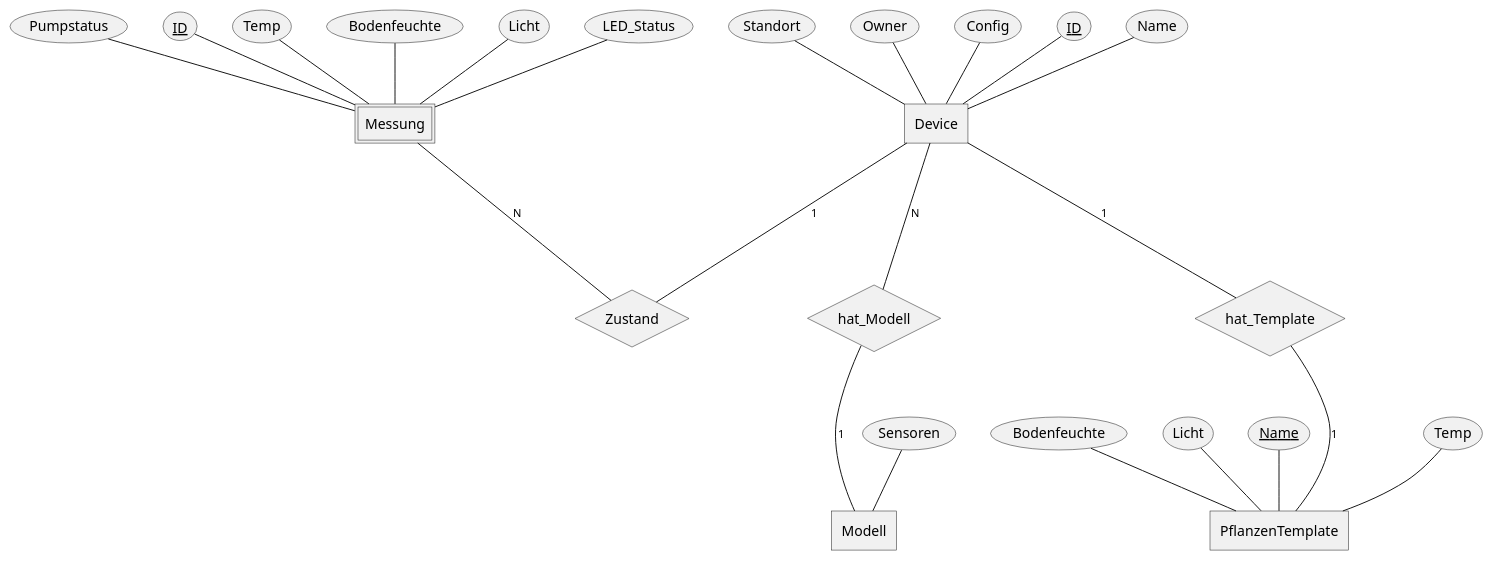
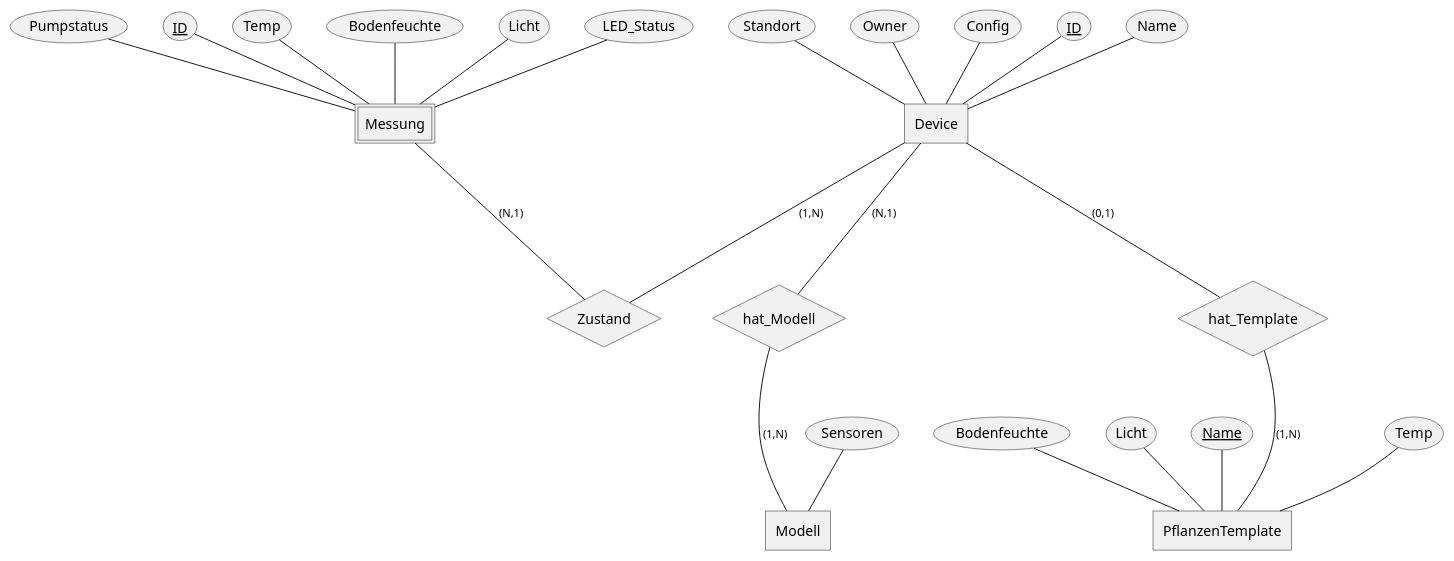
The diagram in doc/diagrams/db_chen.puml (VadimSokow/Plantmatic), drawn with PlantUML before and after one commit.

Commit message:
Updated realtions in db_chen.puml

```diff
--- a/doc/diagrams/db_chen.puml
+++ b/doc/diagrams/db_chen.puml
@@ -1,54 +1,54 @@
 @startchen
 
 entity Device{
 ID <<key>>
 Name
 Standort
 Owner
 Config
 }
 
 relationship Zustand {
 
 }
 
 relationship hat_Modell {
 
 }
 
 relationship hat_Template{
 
 }
 
 
 
 entity Modell{
 Sensoren
 }
 
 entity Messung <<weak>> {
 ID <<key>>
 Temp
 Bodenfeuchte
 Licht
 LED_Status
 Pumpstatus
 }
 
 entity PflanzenTemplate {
 Name <<key>>
 Temp
 Bodenfeuchte
 Licht
 }
 
-Device -1- Zustand
-Messung -N- Zustand
-Device -N- hat_Modell
-hat_Modell -1- Modell
-Device -1- hat_Template
-hat_Template -1- PflanzenTemplate
+Device -(1,N)- Zustand
+Messung -(N,1)- Zustand
+Device -(N,1)- hat_Modell 
+hat_Modell -(1,N)- Modell 
+Device -(0,1)- hat_Template
+hat_Template -(1,N)- PflanzenTemplate
 
 
 
 @endchen
```
